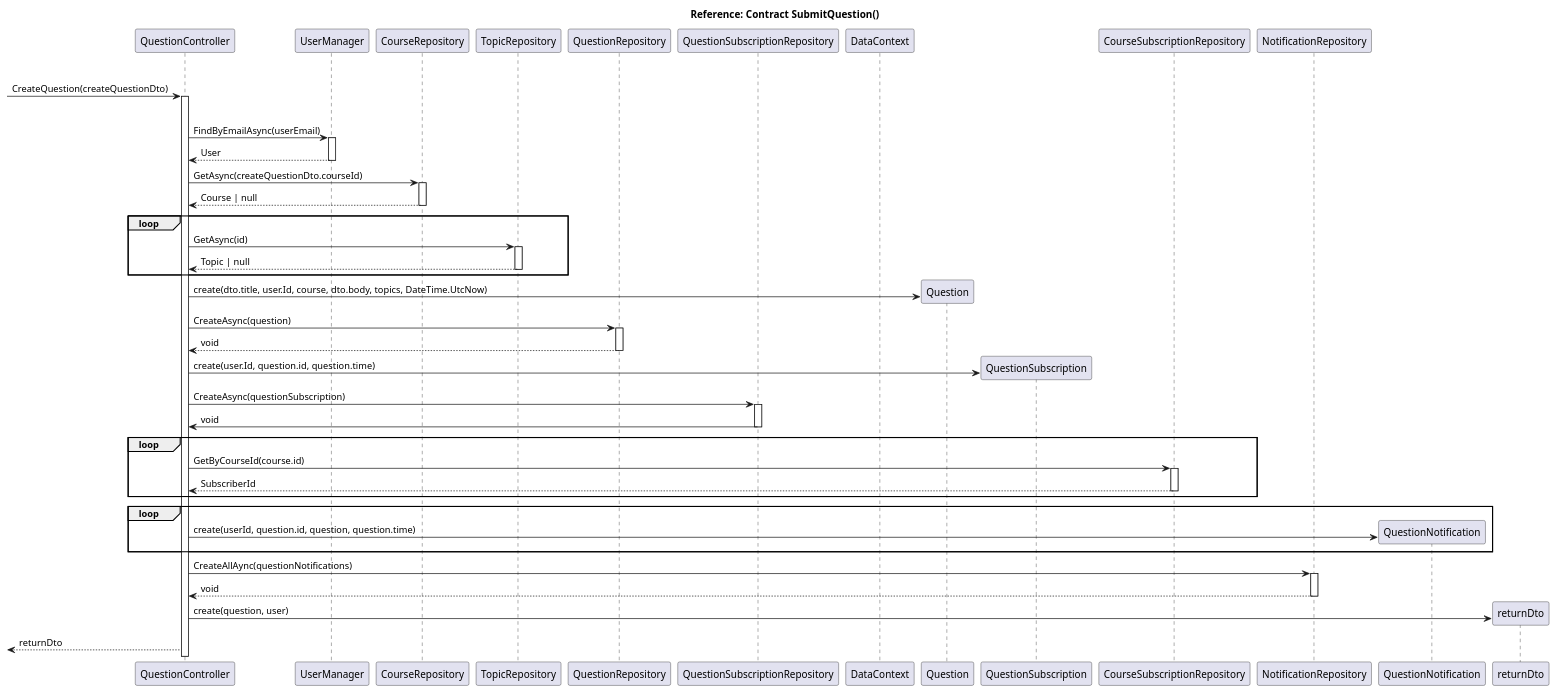
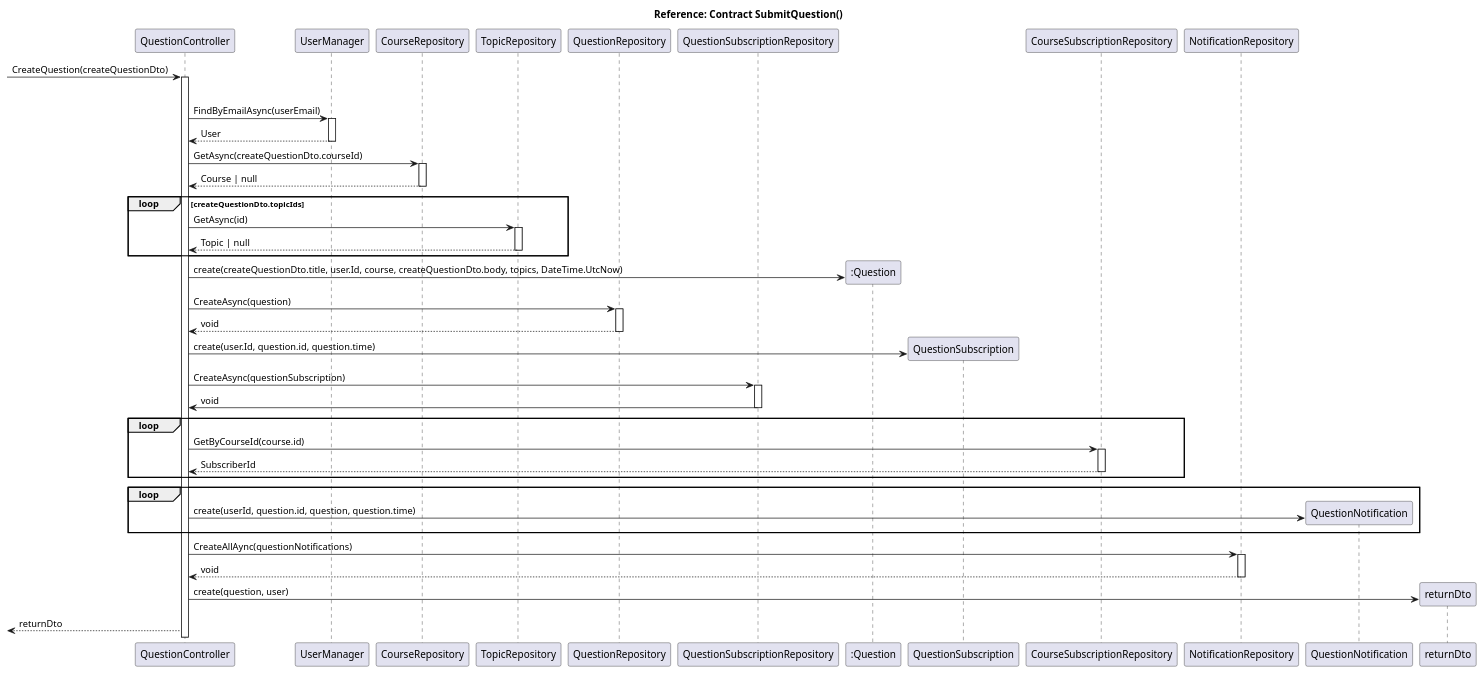
One commit to Singh-Kiran-P/StuNet changed the diagram in Diagrams/Sequence_Diagrams/ask_question.puml. Above: the diagram before and after it, drawn with PlantUML. The commit also changed 2 other files, not shown here.

Commit message:
Diagrams

```diff
--- a/Diagrams/Sequence_Diagrams/ask_question.puml
+++ b/Diagrams/Sequence_Diagrams/ask_question.puml
@@ -1,72 +1,72 @@
 @startuml Ask Question
 participant QuestionController
 participant UserManager
 participant CourseRepository
 participant TopicRepository
 participant QuestionRepository
 participant QuestionSubscriptionRepository
 
 
-DataContext-[hidden]->DataContext
+' DataContext-[hidden]->DataContext
 
 title Reference: Contract SubmitQuestion()
 
 -> QuestionController: CreateQuestion(createQuestionDto)
 activate QuestionController
 alt Valid user
 	QuestionController -> UserManager: FindByEmailAsync(userEmail)
 	activate UserManager
 	QuestionController <-- UserManager: User
 	' TO-ASK: User|null of gewoon User?
 	deactivate UserManager
 
 	QuestionController -> CourseRepository: GetAsync(createQuestionDto.courseId)
 	activate CourseRepository
 	CourseRepository --> QuestionController: Course | null
 	deactivate CourseRepository
 	
-	loop
+	loop createQuestionDto.topicIds
 		QuestionController -> TopicRepository: GetAsync(id)
 		activate TopicRepository
 		TopicRepository --> QuestionController: Topic | null
 		deactivate TopicRepository
 	end
 
-	QuestionController -> Question **:create(dto.title, user.Id, course, dto.body, topics, DateTime.UtcNow)
+	QuestionController -> ":Question" **:create(createQuestionDto.title, user.Id, course, createQuestionDto.body, topics, DateTime.UtcNow)
 	'Question -> QuestionController: question
 
 	QuestionController -> QuestionRepository: CreateAsync(question)
 	activate QuestionRepository
 	QuestionRepository --> QuestionController: void
 	deactivate QuestionRepository
 
 	QuestionController -> QuestionSubscription **:create(user.Id, question.id, question.time)
 	'Question -> QuestionController: question
 	QuestionController -> QuestionSubscriptionRepository: CreateAsync(questionSubscription)
 	activate QuestionSubscriptionRepository
 	QuestionSubscriptionRepository -> QuestionController: void
 	deactivate QuestionSubscriptionRepository
 
 	loop
 		QuestionController -> CourseSubscriptionRepository: GetByCourseId(course.id)
 		activate CourseSubscriptionRepository
 		CourseSubscriptionRepository --> QuestionController: SubscriberId
 		deactivate CourseSubscriptionRepository
 	end
 
 participant CourseSubscriptionRepository
 
 
 participant NotificationRepository
 	loop 
 		QuestionController -> QuestionNotification**: create(userId, question.id, question, question.time)
 	end
 
 	QuestionController -> NotificationRepository: CreateAllAync(questionNotifications)
 	activate NotificationRepository
 	NotificationRepository --> QuestionController: void
 	deactivate NotificationRepository
 
 	QuestionController -> returnDto**: create(question, user)
 	<-- QuestionController: returnDto
 @enduml
```
